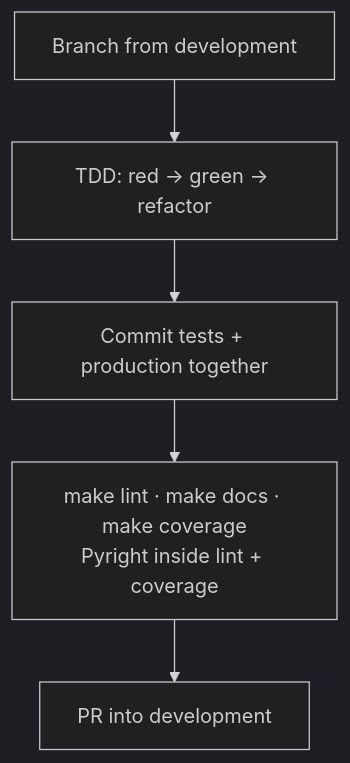
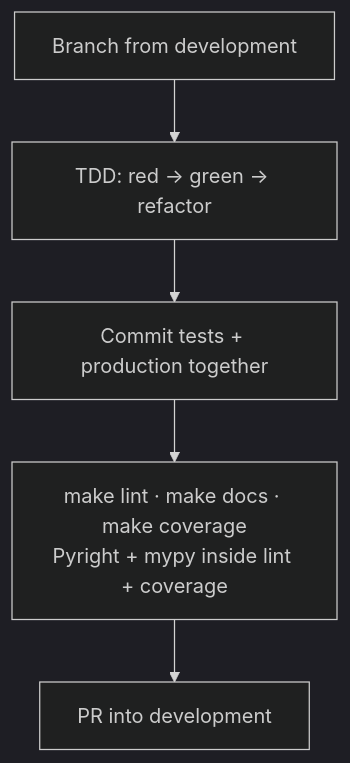
Before and after one commit to toxicoder/ez-comfy-stack: the first of 2 diagrams in CONTRIBUTING.md, drawn with Mermaid (dark theme). The commit also changed other lines of this file and 17 other files, not shown here.

First line of the commit message:
test: add mypy to the local test and lint gate

````diff
--- a/CONTRIBUTING.md
+++ b/CONTRIBUTING.md
@@ -26,7 +26,7 @@
 ```mermaid
 flowchart TB
   A["Branch from development"] --> B["TDD: red → green → refactor"]
   B --> C["Commit tests + production together"]
-  C --> D["make lint · make docs · make coverage<br/>Pyright inside lint + coverage"]
+  C --> D["make lint · make docs · make coverage<br/>Pyright + mypy inside lint + coverage"]
   D --> E["PR into development"]
 ```
````
